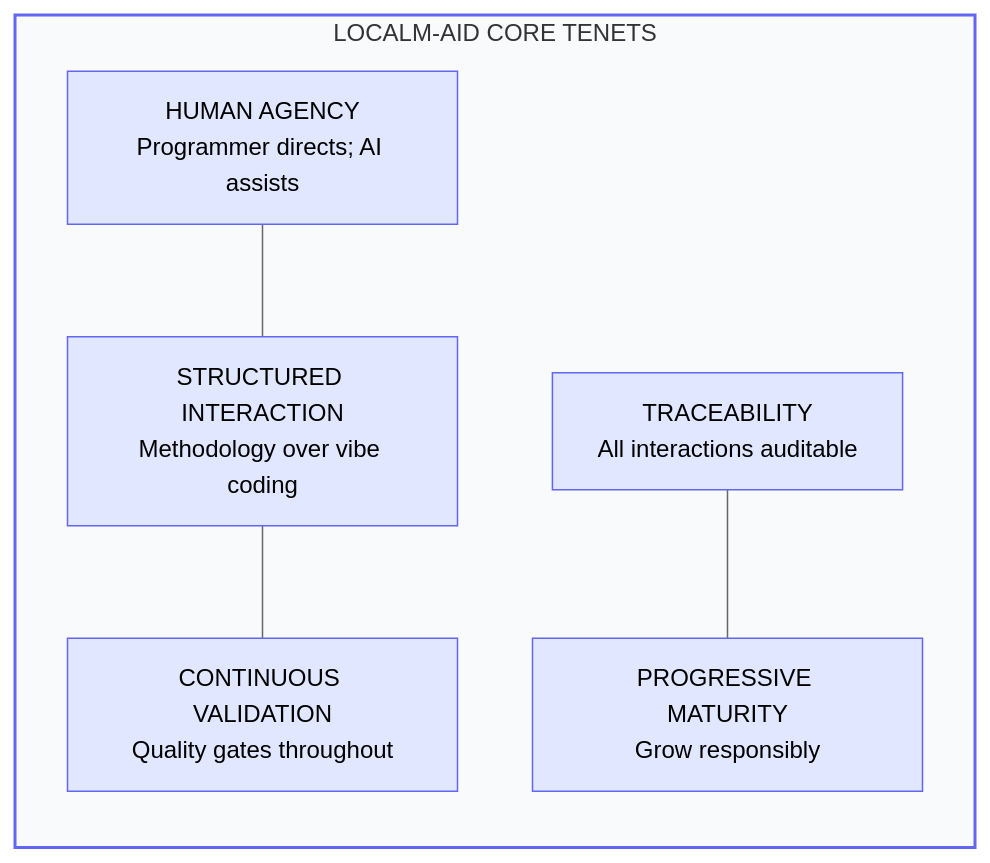
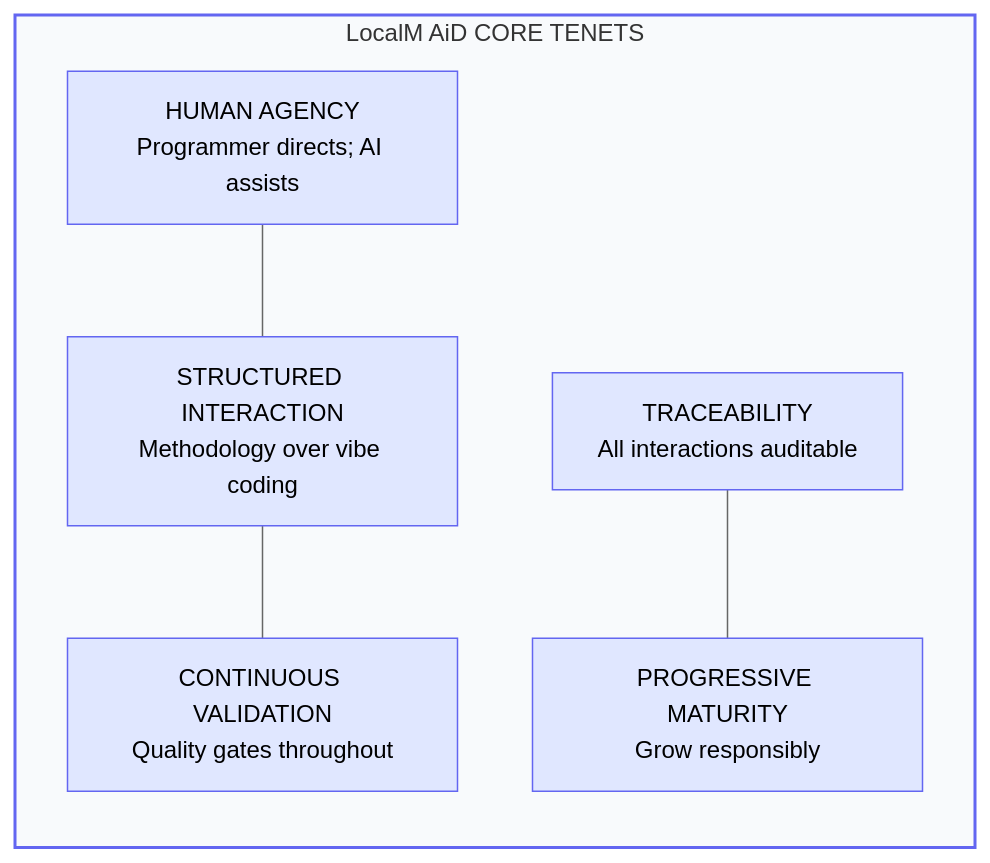
Before and after one commit to nilayparikh/ai-agent-ea-framework: the first of 3 diagrams in index.md, drawn with Mermaid (neutral theme). The commit also changed other lines of this file and 4 other files, not shown here.

````diff
--- a/index.md
+++ b/index.md
@@ -29,21 +29,21 @@
 ```mermaid
 flowchart TB
-    subgraph TENETS["LOCALM-AID CORE TENETS"]
+    subgraph TENETS["LocalM AiD CORE TENETS"]
         direction TB
         T1["HUMAN AGENCY<br/>Programmer directs; AI assists"]
         T2["STRUCTURED INTERACTION<br/>Methodology over vibe coding"]
         T3["CONTINUOUS VALIDATION<br/>Quality gates throughout"]
         T4["TRACEABILITY<br/>All interactions auditable"]
         T5["PROGRESSIVE MATURITY<br/>Grow responsibly"]
 
         T1 --- T2 --- T3
         T4 --- T5
     end
 
     style TENETS fill:#f8fafc,stroke:#6366f1,stroke-width:2px
     style T1 fill:#e0e7ff,stroke:#6366f1
     style T2 fill:#e0e7ff,stroke:#6366f1
     style T3 fill:#e0e7ff,stroke:#6366f1
     style T4 fill:#e0e7ff,stroke:#6366f1
     style T5 fill:#e0e7ff,stroke:#6366f1
 ```
````
